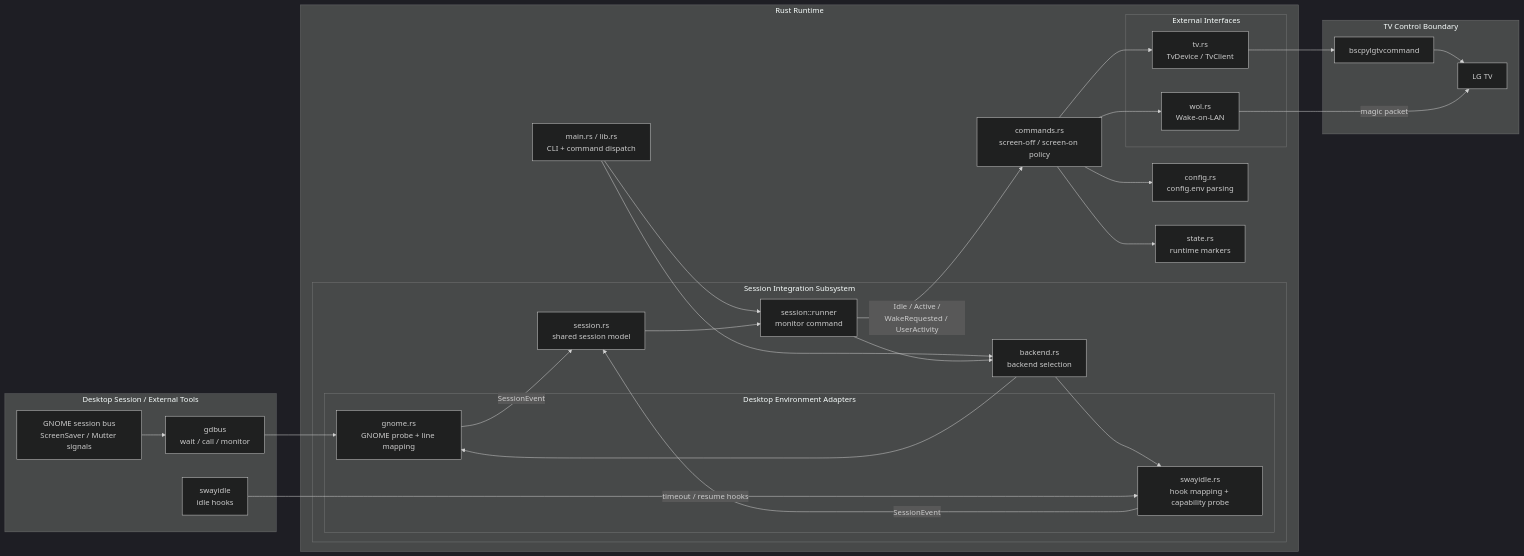
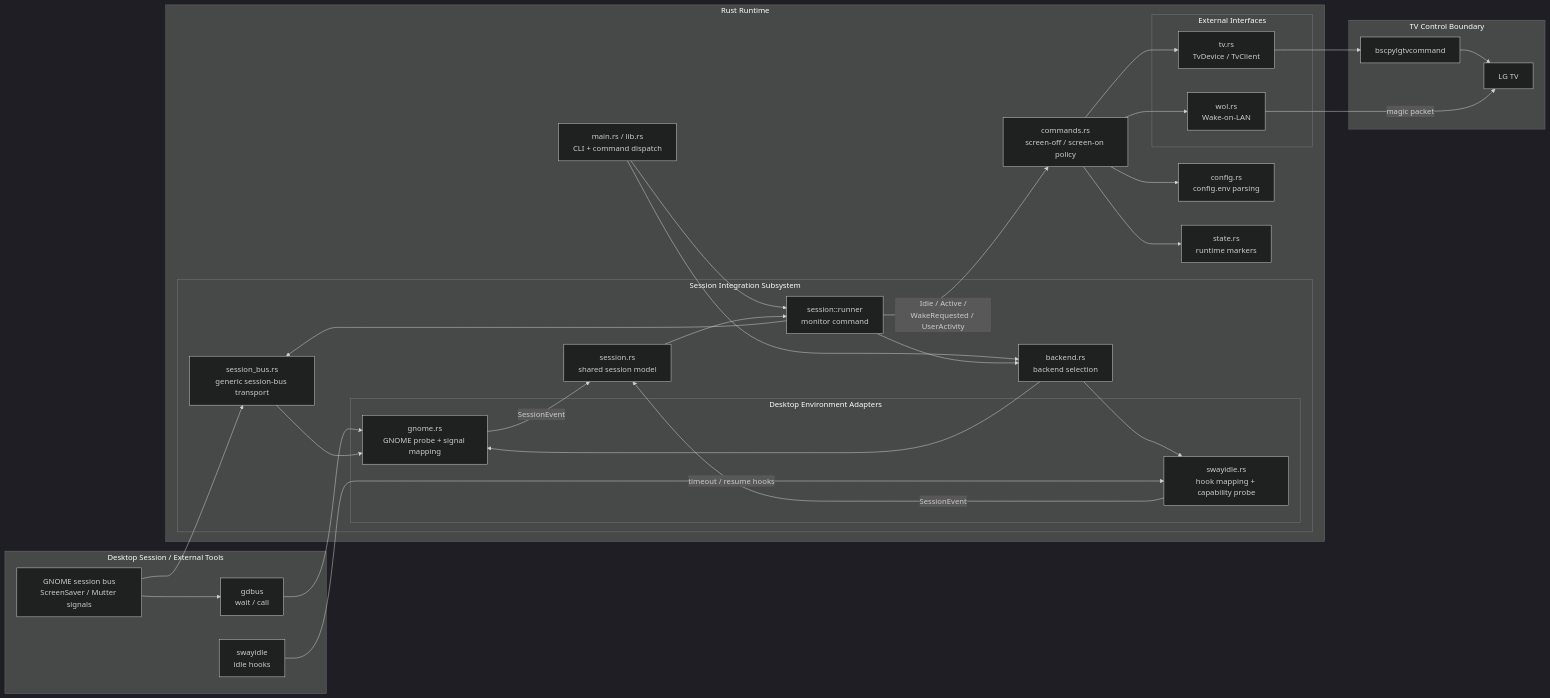
The diagram in docs/architecture-overview.md (Staphylococcus/LG_Buddy), drawn with Mermaid (dark theme) before and after one commit. The commit also changed other lines of this file and 5 other files, not shown here.

Commit message:
Document GNOME session-bus monitor runtime

````diff
--- a/docs/architecture-overview.md
+++ b/docs/architecture-overview.md
@@ -47,59 +47,63 @@
 ```mermaid
 flowchart LR
     subgraph Desktop["Desktop Session / External Tools"]
         GNOME["GNOME session bus<br/>ScreenSaver / Mutter signals"]
-        GDBUS["gdbus<br/>wait / call / monitor"]
+        GDBUS["gdbus<br/>wait / call"]
         SWAY["swayidle<br/>idle hooks"]
     end
 
     subgraph Rust["Rust Runtime"]
         MAIN["main.rs / lib.rs<br/>CLI + command dispatch"]
         COMMANDS["commands.rs<br/>screen-off / screen-on policy"]
         CONFIG["config.rs<br/>config.env parsing"]
         STATE["state.rs<br/>runtime markers"]
 
         subgraph SessionSubsystem["Session Integration Subsystem"]
             BACKEND["backend.rs<br/>backend selection"]
             SESSIONMODEL["session.rs<br/>shared session model"]
             RUNNER["session::runner<br/>monitor command"]
+            BUS["session_bus.rs<br/>generic session-bus transport"]
 
             subgraph DEAdapters["Desktop Environment Adapters"]
-                GADAPTER["gnome.rs<br/>GNOME probe + line mapping"]
+                GADAPTER["gnome.rs<br/>GNOME probe + signal mapping"]
                 SADAPTER["swayidle.rs<br/>hook mapping + capability probe"]
             end
         end
 
         subgraph ExternalInterfaces["External Interfaces"]
             TV["tv.rs<br/>TvDevice / TvClient"]
             WOL["wol.rs<br/>Wake-on-LAN"]
         end
     end
 
     subgraph TVBoundary["TV Control Boundary"]
         BSCPY["bscpylgtvcommand"]
         LGTV["LG TV"]
     end
 
     MAIN --> BACKEND
     MAIN --> RUNNER
     RUNNER --> BACKEND
+    RUNNER --> BUS
     BACKEND --> GADAPTER
     BACKEND --> SADAPTER
 
+    GNOME --> BUS
     GNOME --> GDBUS
     GDBUS --> GADAPTER
+    BUS --> GADAPTER
     GADAPTER -->|"SessionEvent"| SESSIONMODEL
 
     SWAY -->|"timeout / resume hooks"| SADAPTER
     SADAPTER -->|"SessionEvent"| SESSIONMODEL
     SESSIONMODEL --> RUNNER
 
     RUNNER -->|"Idle / Active /<br/>WakeRequested / UserActivity"| COMMANDS
     COMMANDS --> CONFIG
     COMMANDS --> STATE
     COMMANDS --> TV
     COMMANDS --> WOL
 
     TV --> BSCPY --> LGTV
     WOL -->|"magic packet"| LGTV
 ```
````
